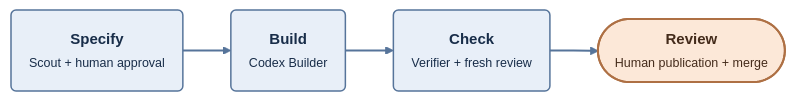
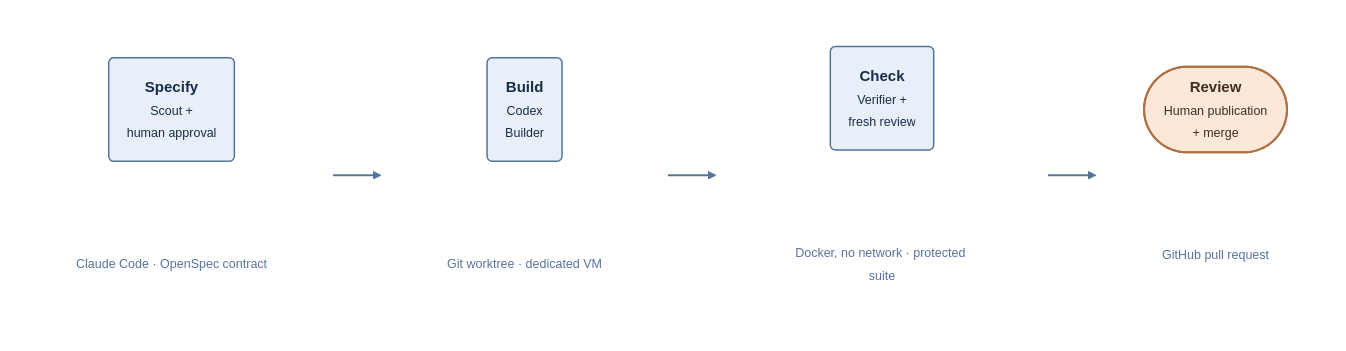
The diagram in README.md (you1anna/aegean), drawn with Mermaid before and after one commit.

Commit message:
docs: add tools under each workflow diagram stage

````diff
--- a/README.md
+++ b/README.md
@@ -17,14 +17,42 @@
 ```mermaid
 %%{init: {"theme": "base", "themeVariables": {"fontFamily": "-apple-system, Segoe UI, Helvetica, Arial, sans-serif", "fontSize": "15px", "lineColor": "#56749a"}, "flowchart": {"curve": "basis", "nodeSpacing": 40, "rankSpacing": 48, "padding": 18}}}%%
 flowchart LR
     accTitle: Aegean delivery workflow
-    accDescr: The Scout drafts a specification. A human approves it. The Builder implements it, protected tests and a fresh review check it, then a human approves publication and decides on merge.
-    S("<b>Specify</b><br/><small>Scout + human approval</small>") --> B("<b>Build</b><br/><small>Codex Builder</small>")
-    B --> V("<b>Check</b><br/><small>Verifier + fresh review</small>")
-    V --> H(["<b>Review</b><br/><small>Human publication + merge</small>"])
+    accDescr: The Scout in Claude Code drafts an OpenSpec contract. A human approves it. The Codex Builder implements it in a Git worktree on a dedicated VM. The verifier runs the protected suite in a Docker container with no network, and a fresh review checks the diff. A human then approves publication of a GitHub pull request and decides on merge.
+    subgraph s1[" "]
+        direction TB
+        S("<b>Specify</b><br/><small>Scout +<br/>human approval</small>")
+        SC["<small>Claude Code · OpenSpec contract</small>"]
+        S ~~~ SC
+    end
+    subgraph s2[" "]
+        direction TB
+        B("<b>Build</b><br/><small>Codex<br/>Builder</small>")
+        BC["<small>Git worktree · dedicated VM</small>"]
+        B ~~~ BC
+    end
+    subgraph s3[" "]
+        direction TB
+        V("<b>Check</b><br/><small>Verifier +<br/>fresh review</small>")
+        VC["<small>Docker, no network · protected suite</small>"]
+        V ~~~ VC
+    end
+    subgraph s4[" "]
+        direction TB
+        H(["<b>Review</b><br/><small>Human publication<br/>+ merge</small>"])
+        HC["<small>GitHub pull request</small>"]
+        H ~~~ HC
+    end
+    s1 --> s2 --> s3 --> s4
     classDef agent fill:#e8eff8,stroke:#56749a,color:#182d49,stroke-width:1.5px
     classDef gate fill:#fce8d8,stroke:#ae7044,color:#442b1b,stroke-width:2px
+    classDef note fill:transparent,stroke:transparent,color:#56749a
     class S,B,V agent
     class H gate
-    linkStyle default stroke:#56749a,stroke-width:2px
+    class SC,BC,VC,HC note
+    style s1 fill:transparent,stroke:transparent
+    style s2 fill:transparent,stroke:transparent
+    style s3 fill:transparent,stroke:transparent
+    style s4 fill:transparent,stroke:transparent
+    linkStyle 4,5,6 stroke:#56749a,stroke-width:2px
 ```
````
